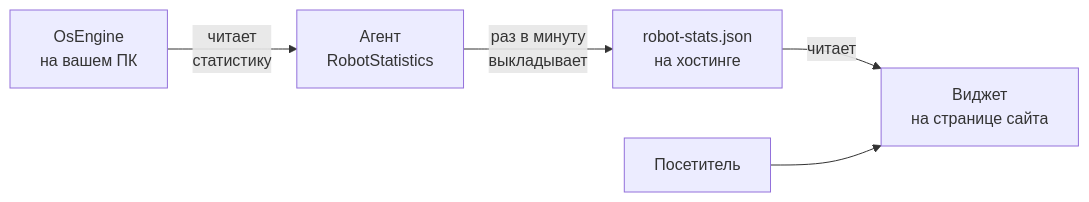
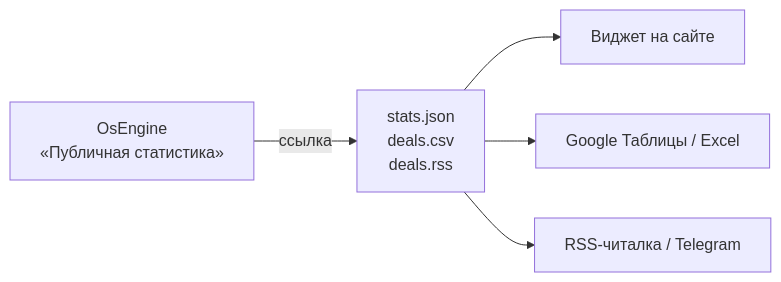
One commit to si0683/robotstatistics changed the diagram in TechnicalSpecification/Инструкция — Статистика робота на своём сайте.md. Above: the diagram before and after it, drawn with Mermaid. The commit also changed other lines of this file and 3 other files, not shown here.

First line of the commit message:
ТЗ v2: публичная статистика внутри OsEngine (JSON/CSV/RSS)

````diff
--- a/TechnicalSpecification/Инструкция — Статистика робота на своём сайте.md
+++ b/TechnicalSpecification/Инструкция — Статистика робота на своём сайте.md
@@ -25,7 +26,7 @@
 ```mermaid
 flowchart LR
-    A["OsEngine<br/>на вашем ПК"] -- "читает<br/>статистику" --> B["Агент<br/>RobotStatistics"]
-    B -- "раз в минуту<br/>выкладывает" --> C["robot-stats.json<br/>на хостинге"]
-    C -- "читает" --> D["Виджет<br/>на странице сайта"]
-    E["Посетитель"] --> D
+    A["OsEngine<br/>«Публичная статистика»"] -- "ссылка" --> B["stats.json<br/>deals.csv<br/>deals.rss"]
+    B --> C["Виджет на сайте"]
+    B --> D["Google Таблицы / Excel"]
+    B --> E["RSS-читалка / Telegram"]
 ```
````
